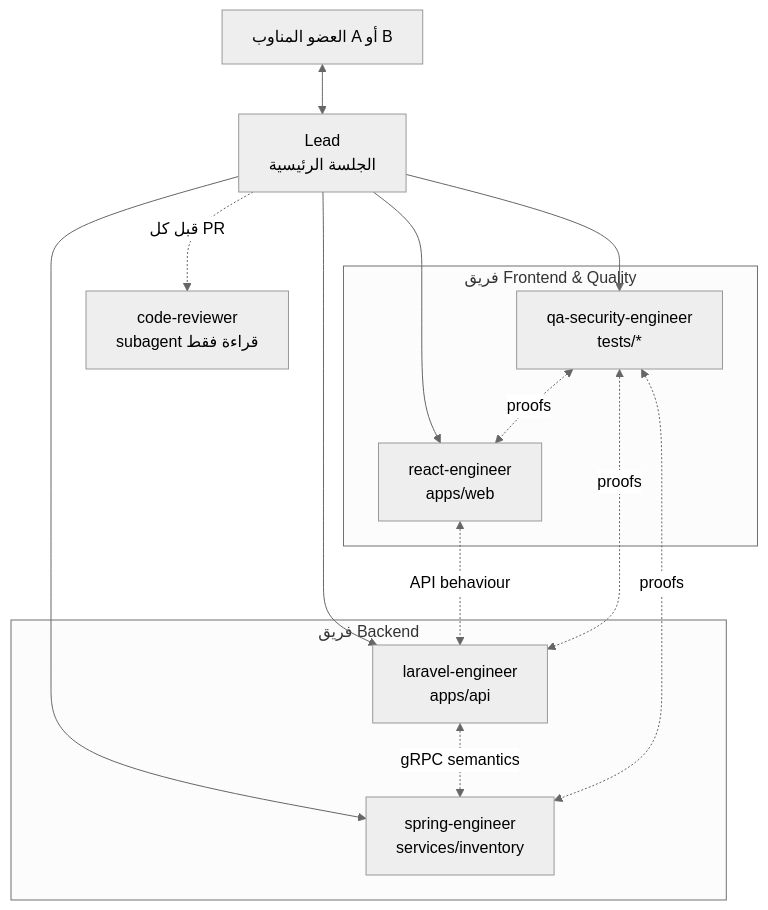
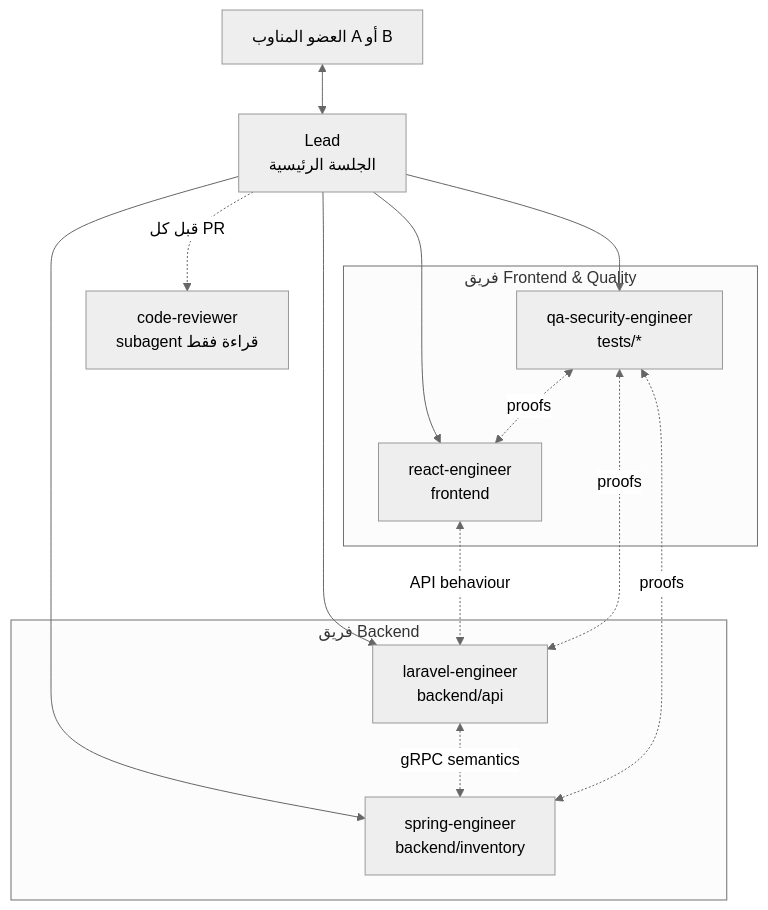
The diagram in docs/07-team-and-git-workflow.md (mohamdalrefae2552/ecommerce-platform), drawn with Mermaid (neutral theme) before and after one commit. The commit also changed other lines of this file and 19 other files, not shown here.

First line of the commit message:
refactor(repo): group code into backend/ and frontend/ folders

````diff
--- a/docs/07-team-and-git-workflow.md
+++ b/docs/07-team-and-git-workflow.md
@@ -7,17 +7,17 @@
 ```mermaid
 flowchart TB
   H[العضو المناوب A أو B] <--> L[Lead<br/>الجلسة الرئيسية]
   subgraph BE[فريق Backend]
-    LE[laravel-engineer<br/>apps/api]
-    SE[spring-engineer<br/>services/inventory]
+    LE[laravel-engineer<br/>backend/api]
+    SE[spring-engineer<br/>backend/inventory]
   end
   subgraph FQ[فريق Frontend & Quality]
-    RE[react-engineer<br/>apps/web]
+    RE[react-engineer<br/>frontend]
     QA[qa-security-engineer<br/>tests/*]
   end
   L --> LE & SE & RE & QA
   LE <-. gRPC semantics .-> SE
   RE <-. API behaviour .-> LE
   QA <-. proofs .-> LE & SE & RE
   L -. قبل كل PR .-> CR[code-reviewer<br/>subagent قراءة فقط]
 ```
````
